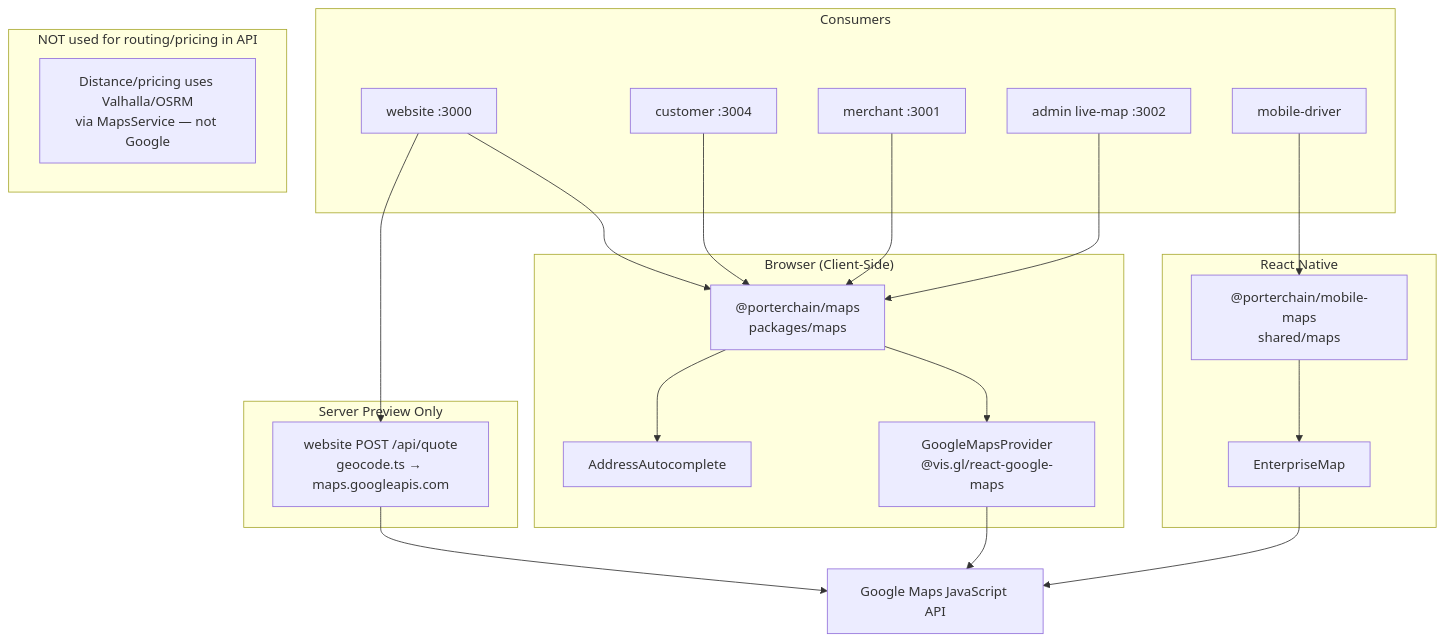
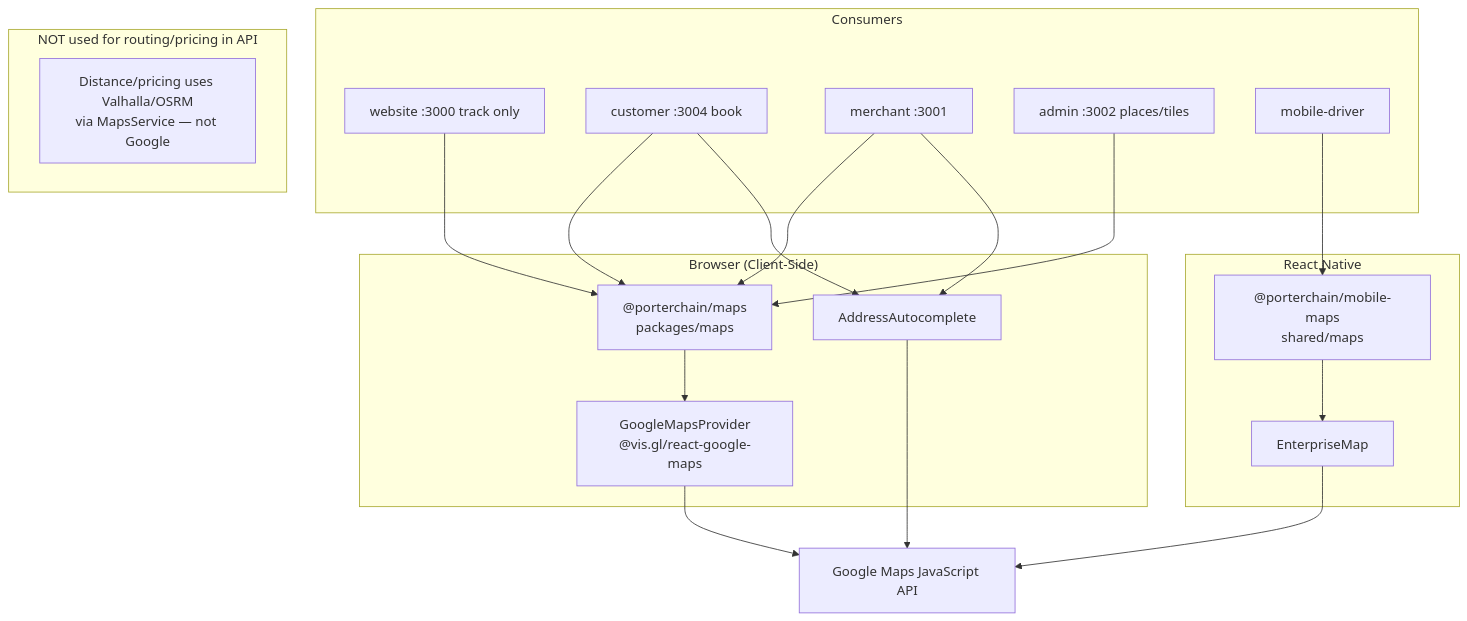
The diagram in docs/architecture/GOOGLE_MAPS_FLOW.md (PORTERCHAIN-INC/PCD), drawn with Mermaid before and after one commit. The commit also changed other lines of this file and 811 other files, not shown here.

````diff
--- a/docs/architecture/GOOGLE_MAPS_FLOW.md
+++ b/docs/architecture/GOOGLE_MAPS_FLOW.md
@@ -45,37 +45,32 @@
 ```mermaid
 flowchart TB
   subgraph Browser["Browser (Client-Side)"]
     PKG["@porterchain/maps<br/>packages/maps"]
     GMP["GoogleMapsProvider<br/>@vis.gl/react-google-maps"]
     AC["AddressAutocomplete"]
   end
 
   subgraph Mobile["React Native"]
     MM["@porterchain/mobile-maps<br/>shared/maps"]
     EM[EnterpriseMap]
   end
 
   subgraph Apps["Consumers"]
-    WEB[website :3000]
-    CUST[customer :3004]
+    WEB["website :3000 track only"]
+    CUST[customer :3004 book]
     MERCH[merchant :3001]
-    ADMIN[admin live-map :3002]
+    ADMIN[admin :3002 places/tiles]
     MDRV[mobile-driver]
-  end
-
-  subgraph ServerPreview["Server Preview Only"]
-    WQR["website POST /api/quote<br/>geocode.ts → maps.googleapis.com"]
   end
 
   subgraph NOT_USED["NOT used for routing/pricing in API"]
     NOTE["Distance/pricing uses Valhalla/OSRM<br/>via MapsService — not Google"]
   end
 
   WEB & CUST & MERCH & ADMIN --> PKG
   MDRV --> MM
   PKG --> GMP --> GAPI[Google Maps JavaScript API]
   MM --> EM --> GAPI
-  PKG --> AC
-  WEB --> WQR
-  WQR --> GAPI
+  CUST & MERCH --> AC
+  AC --> GAPI
 ```
````
